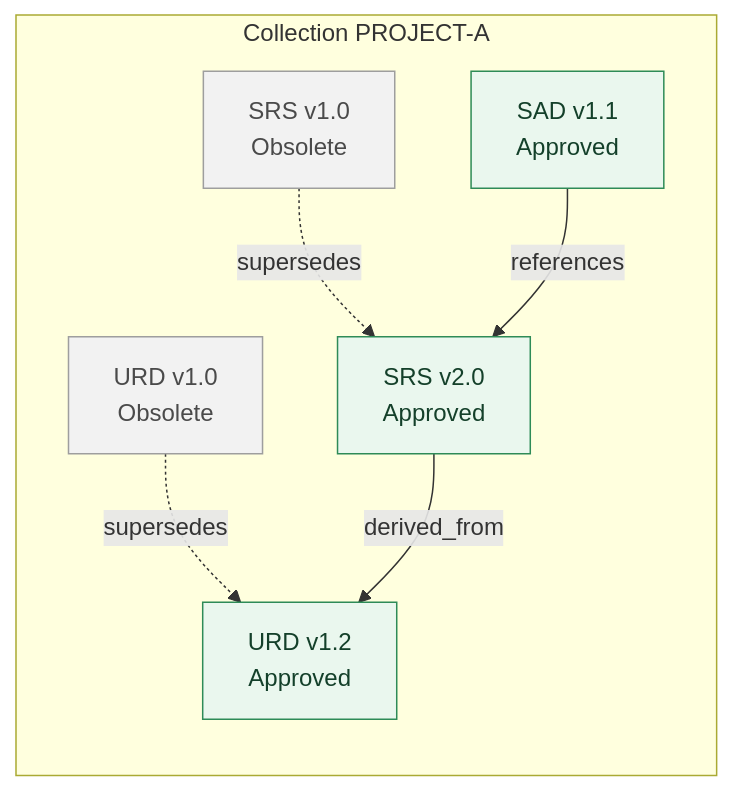
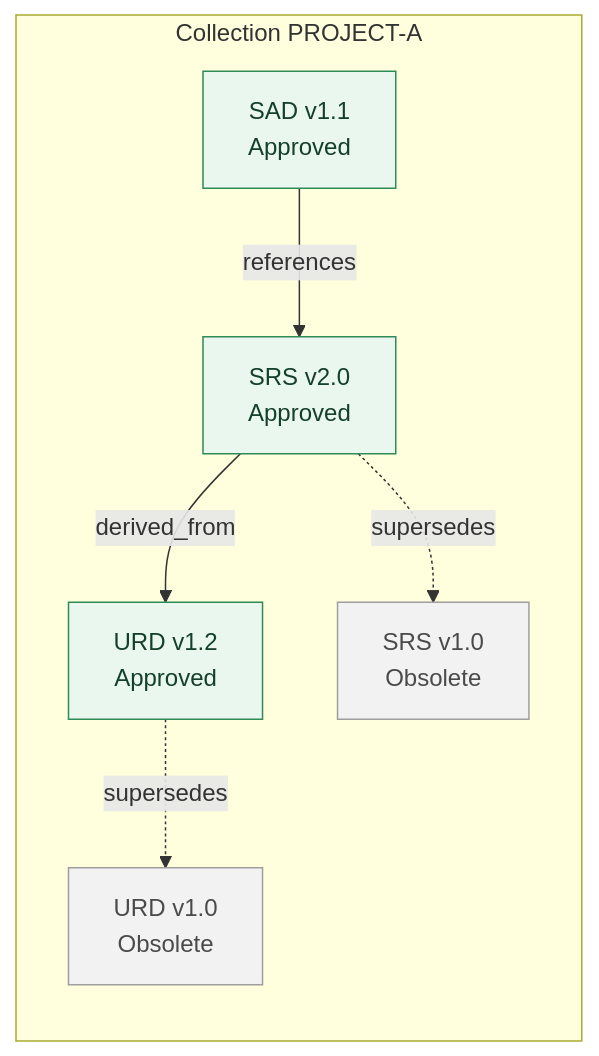
Before and after one commit to Phanlacan12/raw-storage: the third of 3 diagrams in docs/c4-04-code-data-model.md, drawn with Mermaid. The commit also changed other lines of this file and 12 other files, not shown here.

````diff
--- a/docs/c4-04-code-data-model.md
+++ b/docs/c4-04-code-data-model.md
@@ -213,22 +256,22 @@
 ```mermaid
 flowchart LR
     classDef approved fill:#EAF7EE,stroke:#2E8B57,color:#14402A
     classDef obsolete fill:#F2F2F2,stroke:#9E9E9E,color:#4A4A4A
 
     subgraph PA["Collection PROJECT-A"]
         direction TB
         U10["URD v1.0<br/>Obsolete"]
         U12["URD v1.2<br/>Approved"]
         S10["SRS v1.0<br/>Obsolete"]
         S20["SRS v2.0<br/>Approved"]
         A11["SAD v1.1<br/>Approved"]
     end
 
-    U10 -.->|"supersedes"| U12
-    S10 -.->|"supersedes"| S20
+    U12 -.->|"supersedes"| U10
+    S20 -.->|"supersedes"| S10
     S20 -->|"derived_from"| U12
     A11 -->|"references"| S20
 
     class U12,S20,A11 approved
     class U10,S10 obsolete
 ```
````
